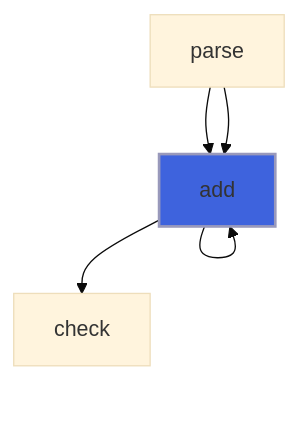
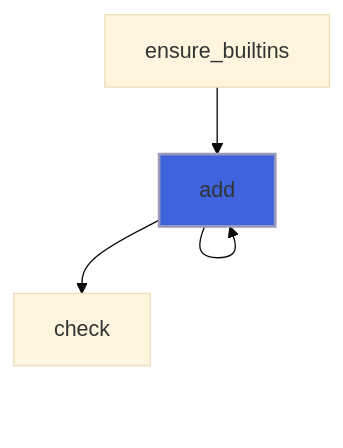
One commit to szaghi/FLAP changed diagram 13 of 28 in docs/api/src/lib/flap_command_line_arguments_group_t.md. Above: the diagram before and after it, drawn with Mermaid (base theme). The commit also changed other lines of this file and 17 other files, not shown here.

````diff
--- a/docs/api/src/lib/flap_command_line_arguments_group_t.md
+++ b/docs/api/src/lib/flap_command_line_arguments_group_t.md
@@ -259,8 +491,7 @@
 ```mermaid
 flowchart TD
   add["add"] --> add["add"]
-  parse["parse"] --> add["add"]
-  parse["parse"] --> add["add"]
+  ensure_builtins["ensure_builtins"] --> add["add"]
   add["add"] --> check["check"]
   style add fill:#3e63dd,stroke:#99b,stroke-width:2px
 ```
````
